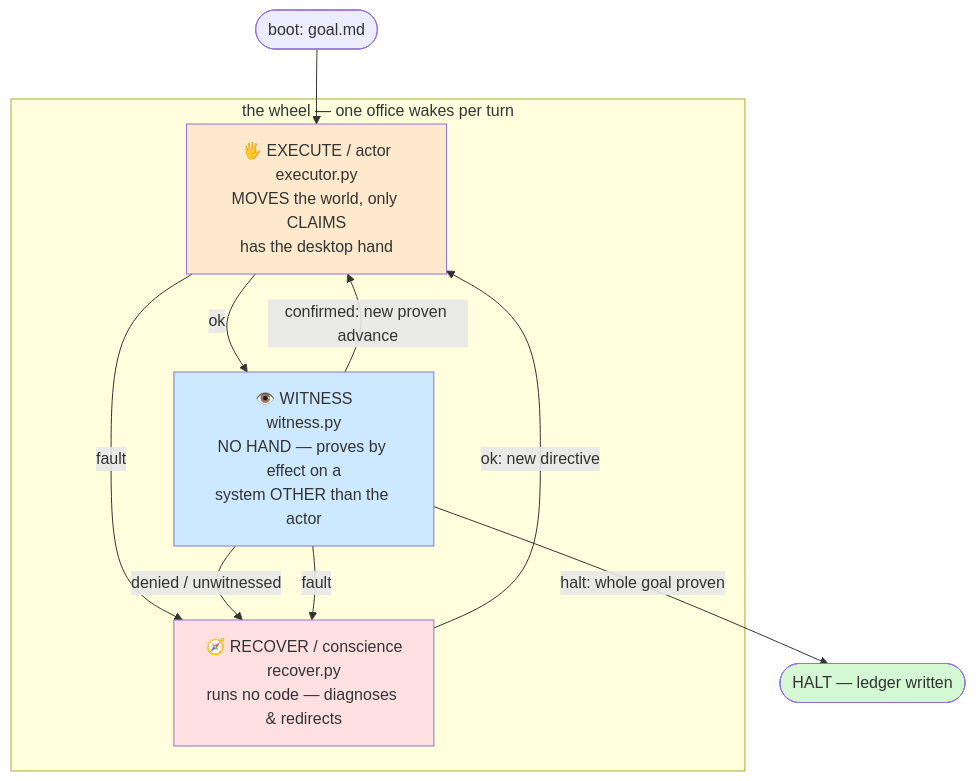
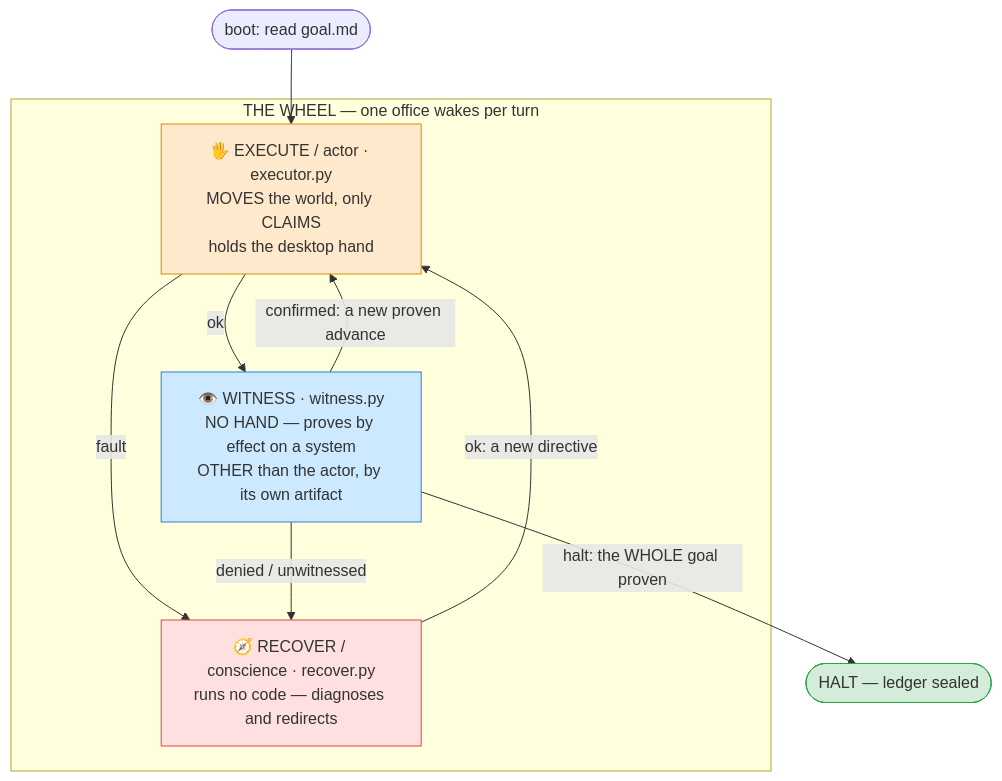
The third of 7 diagrams in README.md (wgabrys88/endgame-ai), drawn with Mermaid before and after one commit. The commit also changed other lines of this file, not shown here.

````diff
--- a/README.md
+++ b/README.md
@@ -61,23 +134,22 @@
 ```mermaid
 flowchart TD
-    START([boot: goal.md]) --> EXEC
+    START([boot: read goal.md]) --> EXEC
 
-    subgraph WHEEL["the wheel — one office wakes per turn"]
-        EXEC["🖐️ EXECUTE / actor<br/>executor.py<br/>MOVES the world, only CLAIMS<br/>has the desktop hand"]
-        WIT["👁️ WITNESS<br/>witness.py<br/>NO HAND — proves by effect on a<br/>system OTHER than the actor"]
-        REC["🧭 RECOVER / conscience<br/>recover.py<br/>runs no code — diagnoses & redirects"]
+    subgraph WHEEL["THE WHEEL — one office wakes per turn"]
+        EXEC["🖐️ EXECUTE / actor · executor.py<br/>MOVES the world, only CLAIMS<br/>holds the desktop hand"]
+        WIT["👁️ WITNESS · witness.py<br/>NO HAND — proves by effect on a system<br/>OTHER than the actor, by its own artifact"]
+        REC["🧭 RECOVER / conscience · recover.py<br/>runs no code — diagnoses and redirects"]
     end
 
     EXEC -->|ok| WIT
     EXEC -->|fault| REC
-    WIT -->|confirmed: new proven advance| EXEC
-    WIT -->|halt: whole goal proven| DONE([HALT — ledger written])
+    WIT -->|confirmed: a new proven advance| EXEC
+    WIT -->|halt: the WHOLE goal proven| DONE([HALT — ledger sealed])
     WIT -->|denied / unwitnessed| REC
-    WIT -->|fault| REC
-    REC -->|ok: new directive| EXEC
+    REC -->|ok: a new directive| EXEC
 
-    style EXEC fill:#ffe9cc
-    style WIT fill:#cce9ff
-    style REC fill:#ffe0e0
-    style DONE fill:#d4f7d4
+    style EXEC fill:#ffe9cc,stroke:#e08a00
+    style WIT fill:#cce9ff,stroke:#2b7fd4
+    style REC fill:#ffe0e0,stroke:#d44
+    style DONE fill:#d4edda,stroke:#28a745
 ```
````
